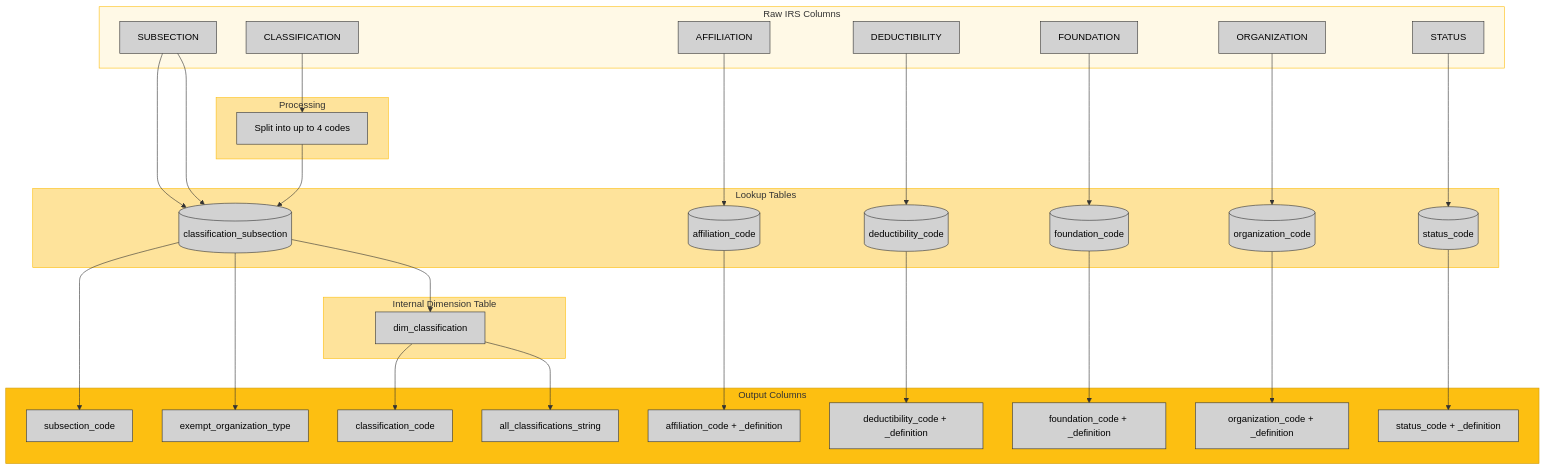
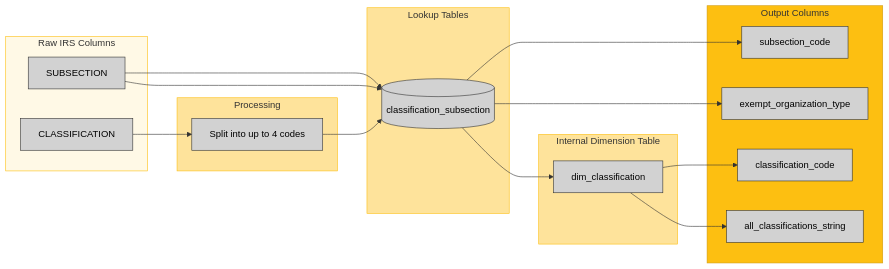
The third of 16 diagrams in docs/02-data-lineage.qmd (UrbanInstitute/nccs-data-bmf), drawn with Mermaid before and after one commit. The commit also changed other lines of this file, not shown here.

First line of the commit message:
Fix data lineage documentation accuracy and improve diagrams

````diff
--- a/docs/02-data-lineage.qmd
+++ b/docs/02-data-lineage.qmd
@@ -120,63 +120,42 @@
 ```{mermaid}
-%%| fig-width: 14
-%%| fig-height: 10
-flowchart TB
+%%| fig-width: 10
+%%| fig-height: 6
+flowchart LR
     classDef node fill:#d2d2d2,stroke:#333,color:#000
 
     subgraph Raw[Raw IRS Columns]
         SUB[SUBSECTION]
         CLASS[CLASSIFICATION]
-        AFF[AFFILIATION]
-        DED[DEDUCTIBILITY]
-        FND[FOUNDATION]
-        ORG[ORGANIZATION]
-        STAT[STATUS]
     end
 
     subgraph Process[Processing]
         SPLIT[Split into up to 4 codes]
     end
 
     subgraph Lookup[Lookup Tables]
         L1[(classification_subsection)]
-        L2[(affiliation_code)]
-        L3[(deductibility_code)]
-        L4[(foundation_code)]
-        L5[(organization_code)]
-        L6[(status_code)]
     end
 
     subgraph DIM[Internal Dimension Table]
         DIM_CL[dim_classification]
     end
 
     subgraph Output[Output Columns]
         sub_code[subsection_code]
+        org_type[exempt_organization_type]
         class_code[classification_code]
-        org_type[exempt_organization_type]
         all_class[all_classifications_string]
-        aff_code[affiliation_code + _definition]
-        ded_code[deductibility_code + _definition]
-        fnd_code[foundation_code + _definition]
-        org_code[organization_code + _definition]
-        stat_code[status_code + _definition]
     end
 
     SUB --> L1 --> sub_code
     SUB --> L1 --> org_type
     CLASS --> SPLIT --> L1 --> DIM_CL
     DIM_CL --> class_code
     DIM_CL --> all_class
 
-    AFF --> L2 --> aff_code
-    DED --> L3 --> ded_code
-    FND --> L4 --> fnd_code
-    ORG --> L5 --> org_code
-    STAT --> L6 --> stat_code
-
     style Raw fill:#fff9e6,stroke:#fdbf11
     style Process fill:#fee39b,stroke:#fdbf11
     style Lookup fill:#fee39b,stroke:#fdbf11
     style DIM fill:#fee39b,stroke:#fdbf11
     style Output fill:#fdbf11,stroke:#d19c0f
 ```
````
